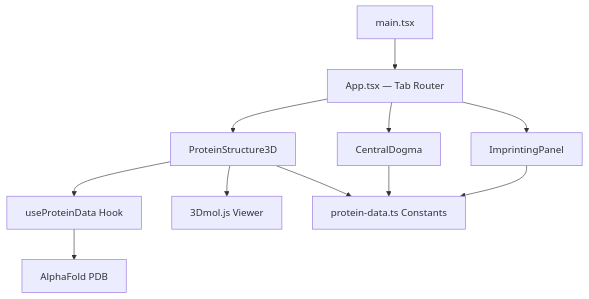
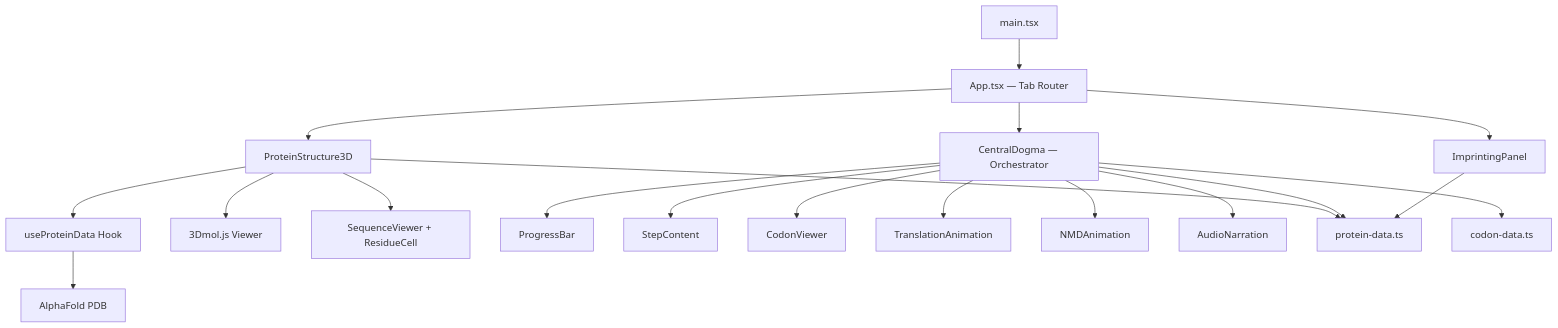
The diagram in README.md (cyanprot/sgce-explorer), drawn with Mermaid before and after one commit. The commit also changed other lines of this file and 2 other files, not shown here.

````diff
--- a/README.md
+++ b/README.md
@@ -37,11 +50,19 @@
 ```mermaid
 graph TD
     A[main.tsx] --> B[App.tsx — Tab Router]
     B --> C[ProteinStructure3D]
-    B --> D[CentralDogma]
+    B --> D[CentralDogma — Orchestrator]
     B --> E[ImprintingPanel]
     C --> F[useProteinData Hook]
     F --> G[AlphaFold PDB]
     C --> H[3Dmol.js Viewer]
-    C & D & E --> I[protein-data.ts Constants]
+    C --> I[SequenceViewer + ResidueCell]
+    D --> D1[ProgressBar]
+    D --> D2[StepContent]
+    D --> D3[CodonViewer]
+    D --> D4[TranslationAnimation]
+    D --> D5[NMDAnimation]
+    D --> D6[AudioNarration]
+    C & D & E --> J[protein-data.ts]
+    D --> K[codon-data.ts]
 ```
````
